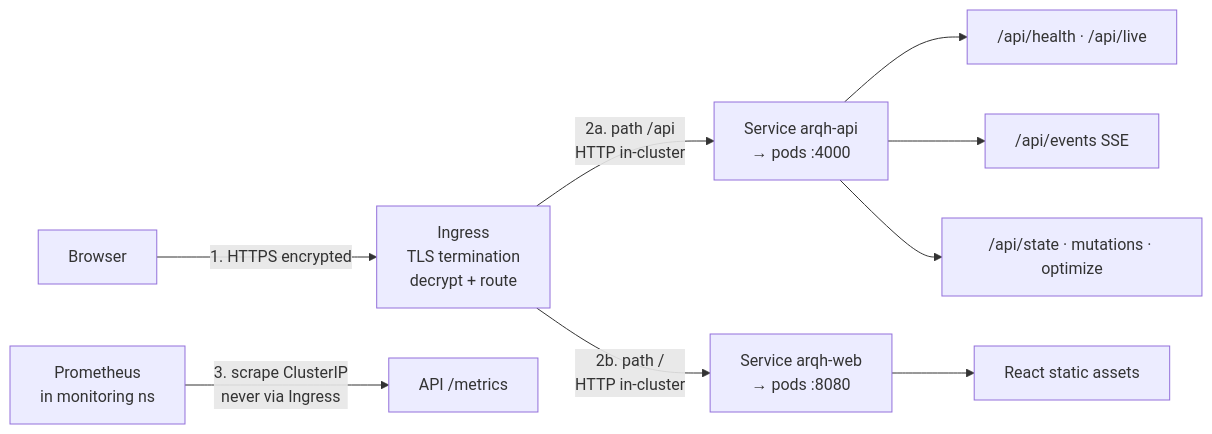
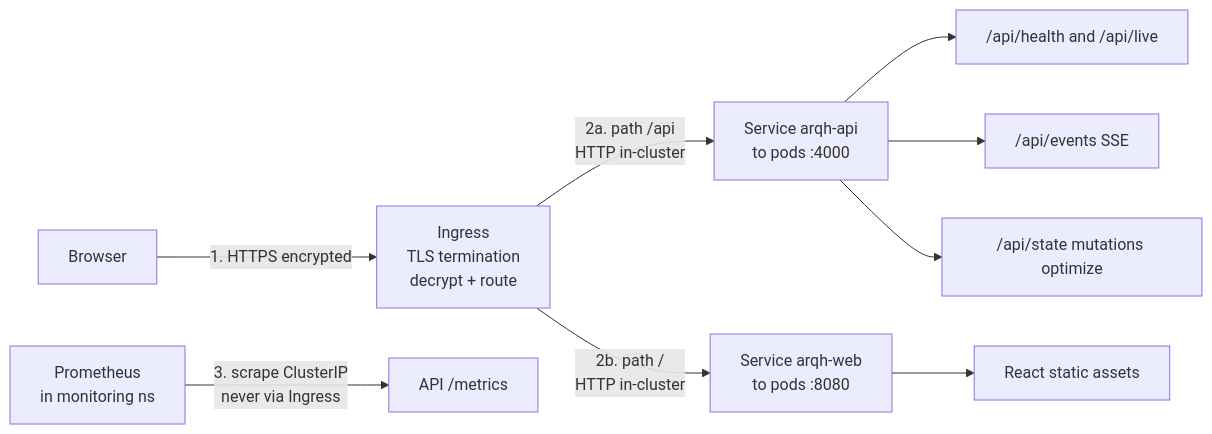
Before and after one commit to eqan/Scalable-Fleet-Dispatcher: the second of 12 diagrams in README.md, drawn with Mermaid. The commit also changed other lines of this file, not shown here.

````diff
--- a/README.md
+++ b/README.md
@@ -364,14 +364,14 @@
 ```mermaid
 flowchart LR
   C["Browser"] -->|"1. HTTPS encrypted"| ING["Ingress<br/>TLS termination<br/>decrypt + route"]
 
-  ING -->|"2a. path /api<br/>HTTP in-cluster"| API["Service arqh-api<br/>→ pods :4000"]
-  ING -->|"2b. path /<br/>HTTP in-cluster"| WEB["Service arqh-web<br/>→ pods :8080"]
+  ING -->|"2a. path /api<br/>HTTP in-cluster"| API["Service arqh-api<br/>to pods :4000"]
+  ING -->|"2b. path /<br/>HTTP in-cluster"| WEB["Service arqh-web<br/>to pods :8080"]
 
-  API --> H["/api/health · /api/live"]
+  API --> H["/api/health and /api/live"]
   API --> E["/api/events SSE"]
-  API --> D["/api/state · mutations · optimize"]
+  API --> D["/api/state mutations optimize"]
   WEB --> SPA["React static assets"]
 
   PROM["Prometheus<br/>in monitoring ns"] -->|"3. scrape ClusterIP<br/>never via Ingress"| M["API /metrics"]
 ```
````
